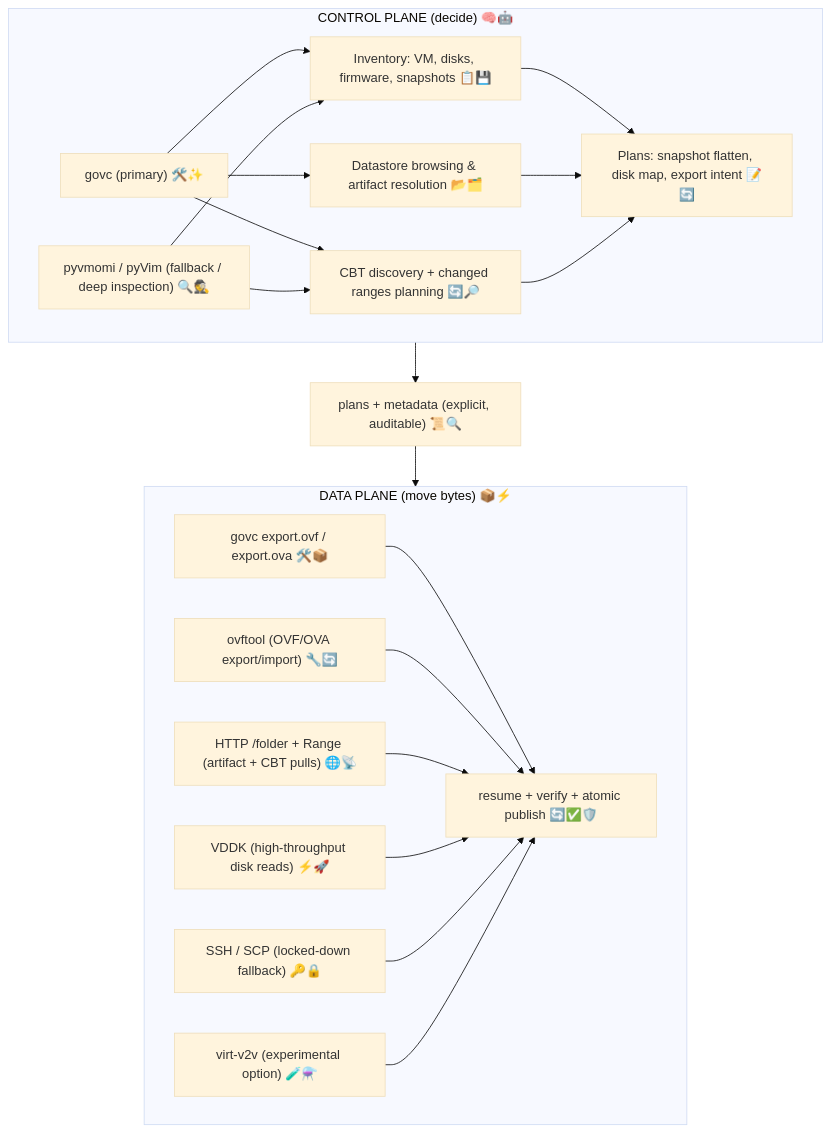
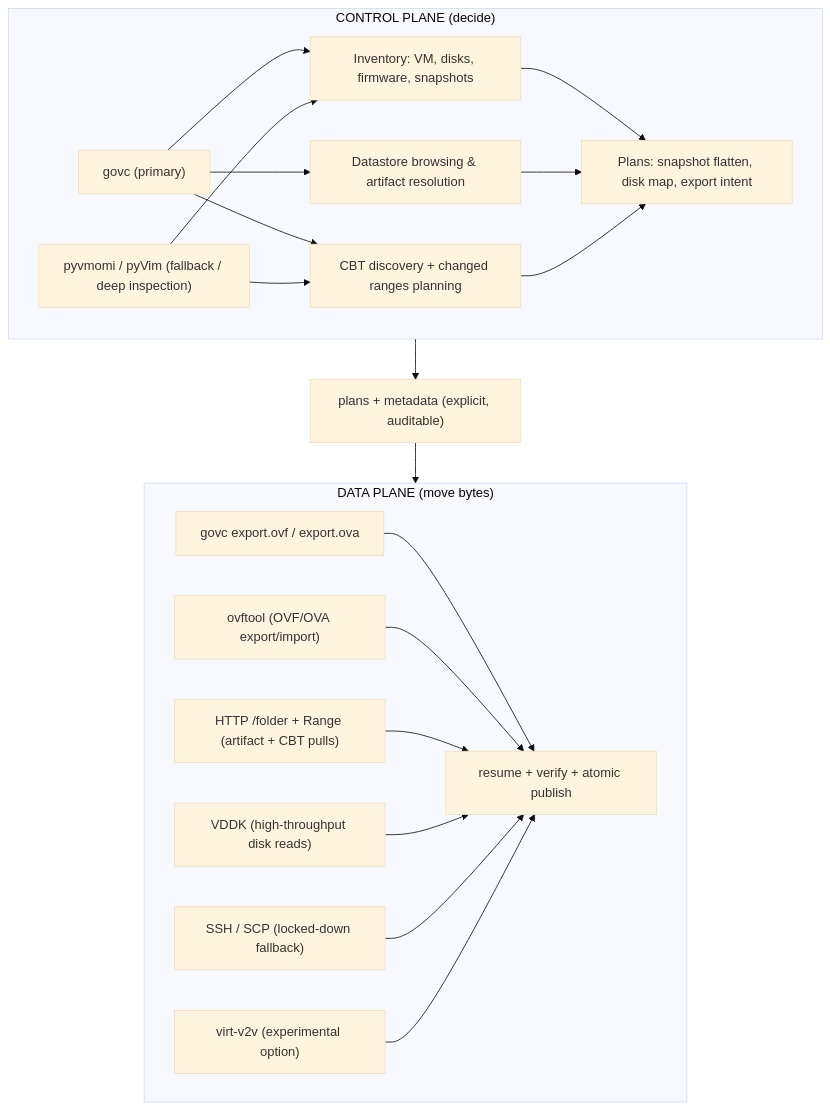
The diagram in README.md (ssahani/hyper2kvm), drawn with Mermaid (base theme) before and after one commit. The commit also changed other lines of this file, not shown here.

````diff
--- a/README.md
+++ b/README.md
@@ -128,36 +124,36 @@
 ```mermaid
 flowchart TB
-  subgraph CP["CONTROL PLANE (decide) 🧠🤖"]
-    GOVC["govc (primary) 🛠️✨"]
-    PYVM["pyvmomi / pyVim (fallback / deep inspection) 🔍🕵️"]
-    INV["Inventory: VM, disks, firmware, snapshots 📋💾"]
-    PLAN["Plans: snapshot flatten, disk map, export intent 📝🔄"]
-    DS["Datastore browsing & artifact resolution 📂🗂️"]
-    CBT["CBT discovery + changed ranges planning 🔄🔎"]
+  subgraph CP["CONTROL PLANE (decide)"]
+    GOVC["govc (primary)"]
+    PYVM["pyvmomi / pyVim (fallback / deep inspection)"]
+    INV["Inventory: VM, disks, firmware, snapshots"]
+    PLAN["Plans: snapshot flatten, disk map, export intent"]
+    DS["Datastore browsing & artifact resolution"]
+    CBT["CBT discovery + changed ranges planning"]
     GOVC --> INV
     GOVC --> DS
     GOVC --> CBT
     PYVM --> INV
     PYVM --> CBT
     INV --> PLAN
     DS --> PLAN
     CBT --> PLAN
   end
-  META["plans + metadata (explicit, auditable) 📜🔍"]
-  subgraph DP["DATA PLANE (move bytes) 📦⚡"]
-    GOVCEXP["govc export.ovf / export.ova 🛠️📦"]
-    OVFTOOL["ovftool (OVF/OVA export/import) 🔧🔄"]
-    HTTP["HTTP /folder + Range (artifact + CBT pulls) 🌐📡"]
-    VDDK["VDDK (high-throughput disk reads) ⚡🚀"]
-    SSH["SSH / SCP (locked-down fallback) 🔑🔒"]
-    V2V["virt-v2v (experimental option) 🧪⚗️"]
-    RESUME["resume + verify + atomic publish 🔄✅🛡️"]
+  META["plans + metadata (explicit, auditable)"]
+  subgraph DP["DATA PLANE (move bytes)"]
+    GOVCEXP["govc export.ovf / export.ova"]
+    OVFTOOL["ovftool (OVF/OVA export/import)"]
+    HTTP["HTTP /folder + Range (artifact + CBT pulls)"]
+    VDDK["VDDK (high-throughput disk reads)"]
+    SSH["SSH / SCP (locked-down fallback)"]
+    V2V["virt-v2v (experimental option)"]
+    RESUME["resume + verify + atomic publish"]
   end
   CP --> META --> DP
   GOVCEXP --> RESUME
   OVFTOOL --> RESUME
   HTTP --> RESUME
   VDDK --> RESUME
   SSH --> RESUME
   V2V --> RESUME
 ```
````
